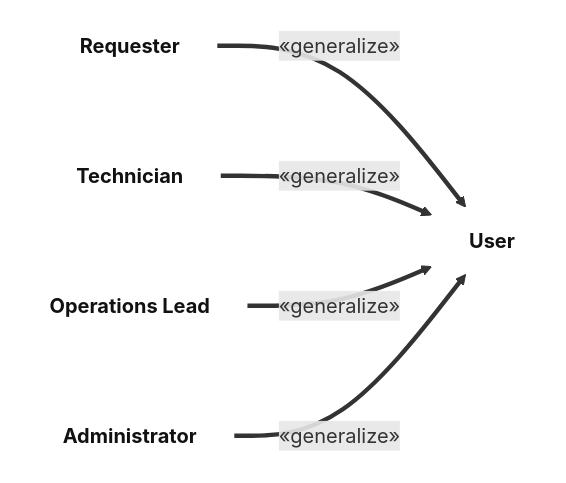
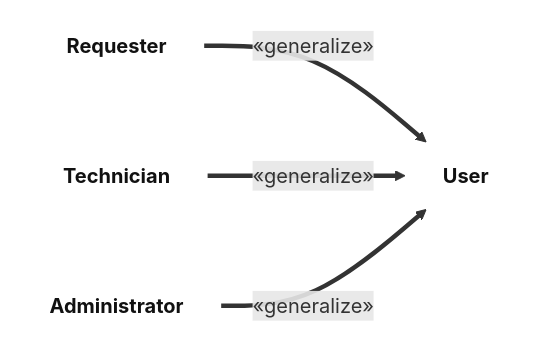
One commit to Akaza-ban/Fable changed the first of 6 diagrams in README.md. Above: the diagram before and after it, drawn with Mermaid. The commit also changed other lines of this file, not shown here.

First line of the commit message:
docs(readme): align user stories with the four actors and branch docs

````diff
--- a/README.md
+++ b/README.md
@@ -51,16 +63,14 @@
 ```mermaid
 flowchart LR
     req["<b>Requester</b>"]
     tech["<b>Technician</b>"]
-    lead["<b>Operations Lead</b>"]
     admin["<b>Administrator</b>"]
     user["<b>User</b>"]
 
     req ==>|"«generalize»"| user
     tech ==>|"«generalize»"| user
-    lead ==>|"«generalize»"| user
     admin ==>|"«generalize»"| user
 
     classDef actor fill:none,stroke:none,color:#111
-    class req,tech,lead,admin,user actor
+    class req,tech,admin,user actor
 ```
````
